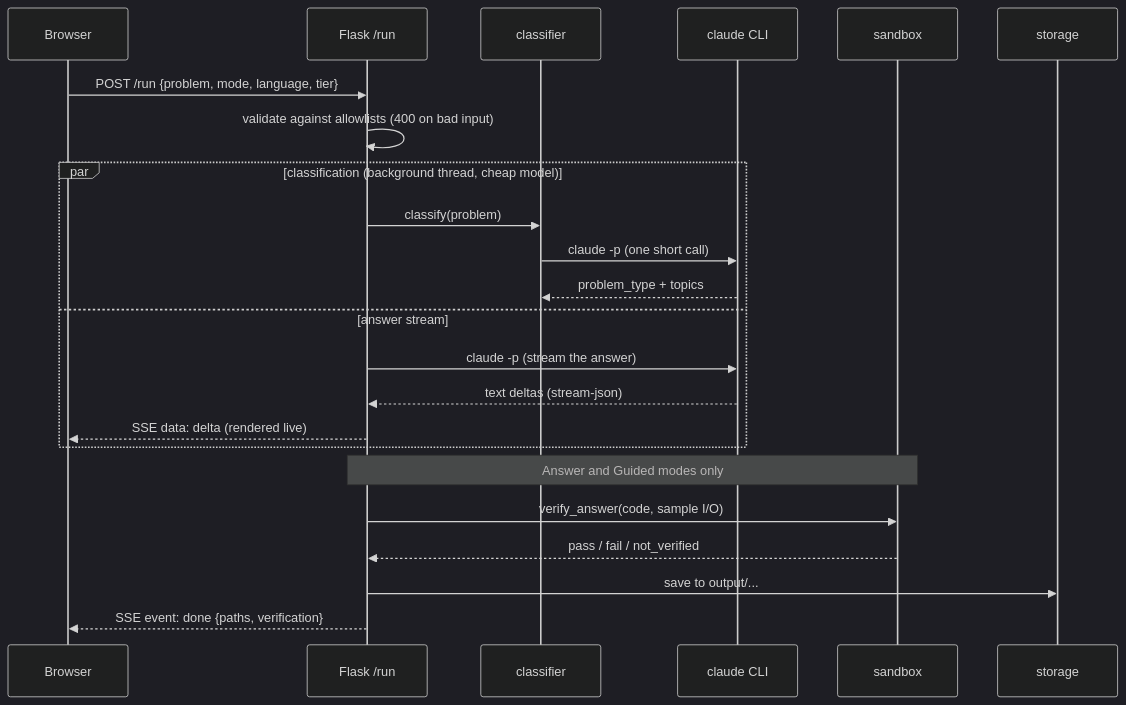
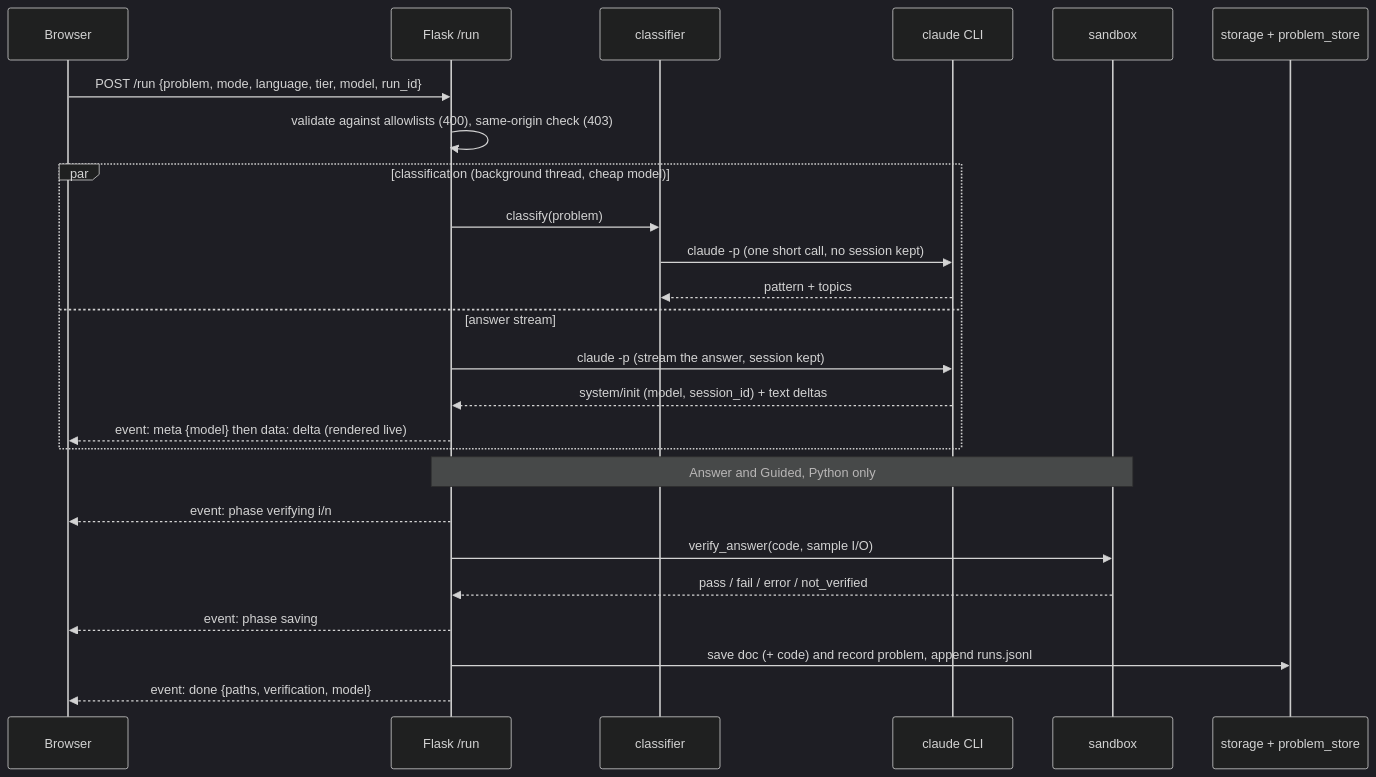
Before and after one commit to yib7/LeetCoach: the second of 2 diagrams in docs/ARCHITECTURE.md, drawn with Mermaid (dark theme). The commit also changed other lines of this file and 2 other files, not shown here.

Commit message:
docs(architecture): every route and module, the output/ layout, follow-ups; drop the read-only library claims (C13)

````diff
--- a/docs/ARCHITECTURE.md
+++ b/docs/ARCHITECTURE.md
@@ -55,26 +80,28 @@
 ```mermaid
 sequenceDiagram
     participant U as Browser
     participant F as Flask /run
     participant CL as classifier
     participant CC as claude CLI
     participant SB as sandbox
-    participant ST as storage
+    participant ST as storage + problem_store
 
-    U->>F: POST /run {problem, mode, language, tier}
-    F->>F: validate against allowlists (400 on bad input)
+    U->>F: POST /run {problem, mode, language, tier, model, run_id}
+    F->>F: validate against allowlists (400), same-origin check (403)
     par classification (background thread, cheap model)
         F->>CL: classify(problem)
-        CL->>CC: claude -p (one short call)
-        CC-->>CL: problem_type + topics
+        CL->>CC: claude -p (one short call, no session kept)
+        CC-->>CL: pattern + topics
     and answer stream
-        F->>CC: claude -p (stream the answer)
-        CC-->>F: text deltas (stream-json)
-        F-->>U: SSE data: delta (rendered live)
+        F->>CC: claude -p (stream the answer, session kept)
+        CC-->>F: system/init (model, session_id) + text deltas
+        F-->>U: event: meta {model} then data: delta (rendered live)
     end
-    Note over F,SB: Answer and Guided modes only
+    Note over F,SB: Answer and Guided, Python only
+    F-->>U: event: phase verifying i/n
     F->>SB: verify_answer(code, sample I/O)
-    SB-->>F: pass / fail / not_verified
-    F->>ST: save to output/...
-    F-->>U: SSE event: done {paths, verification}
+    SB-->>F: pass / fail / error / not_verified
+    F-->>U: event: phase saving
+    F->>ST: save doc (+ code) and record problem, append runs.jsonl
+    F-->>U: event: done {paths, verification, model}
 ```
````
